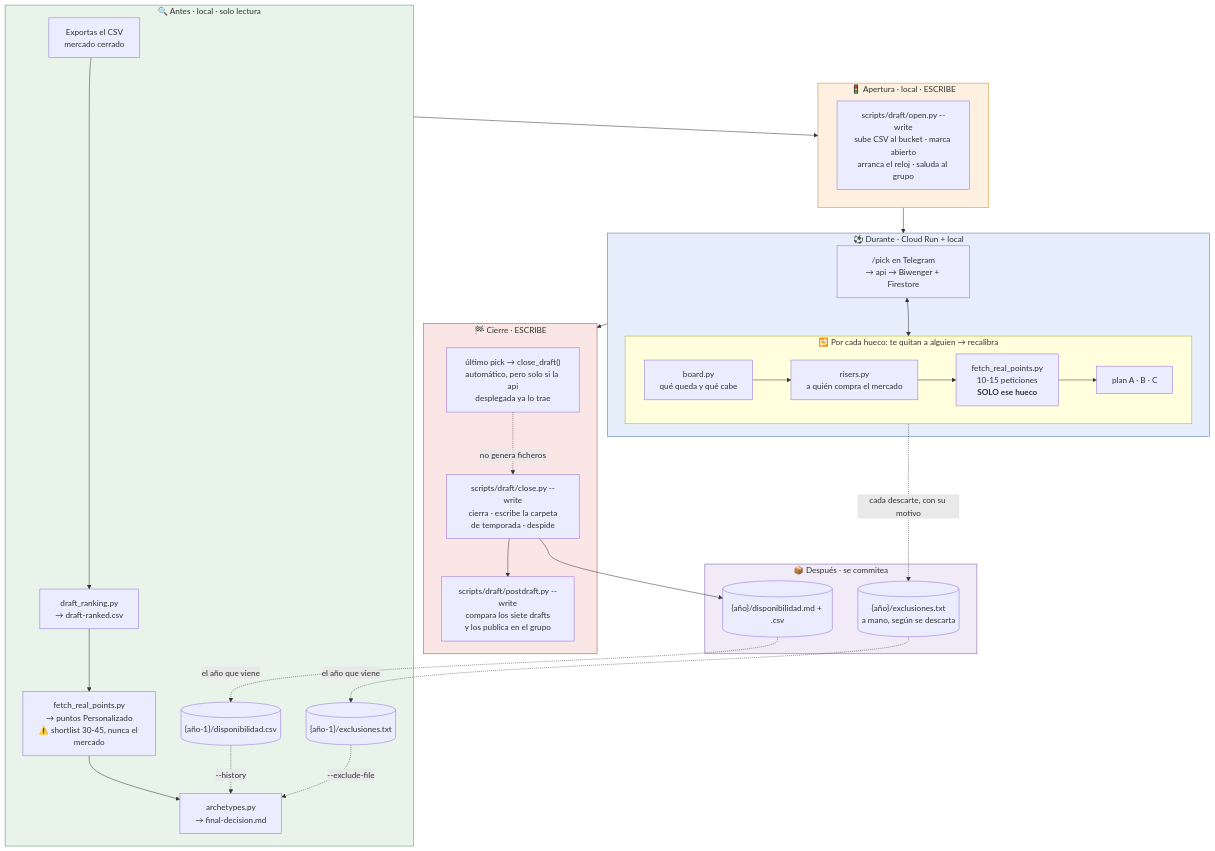
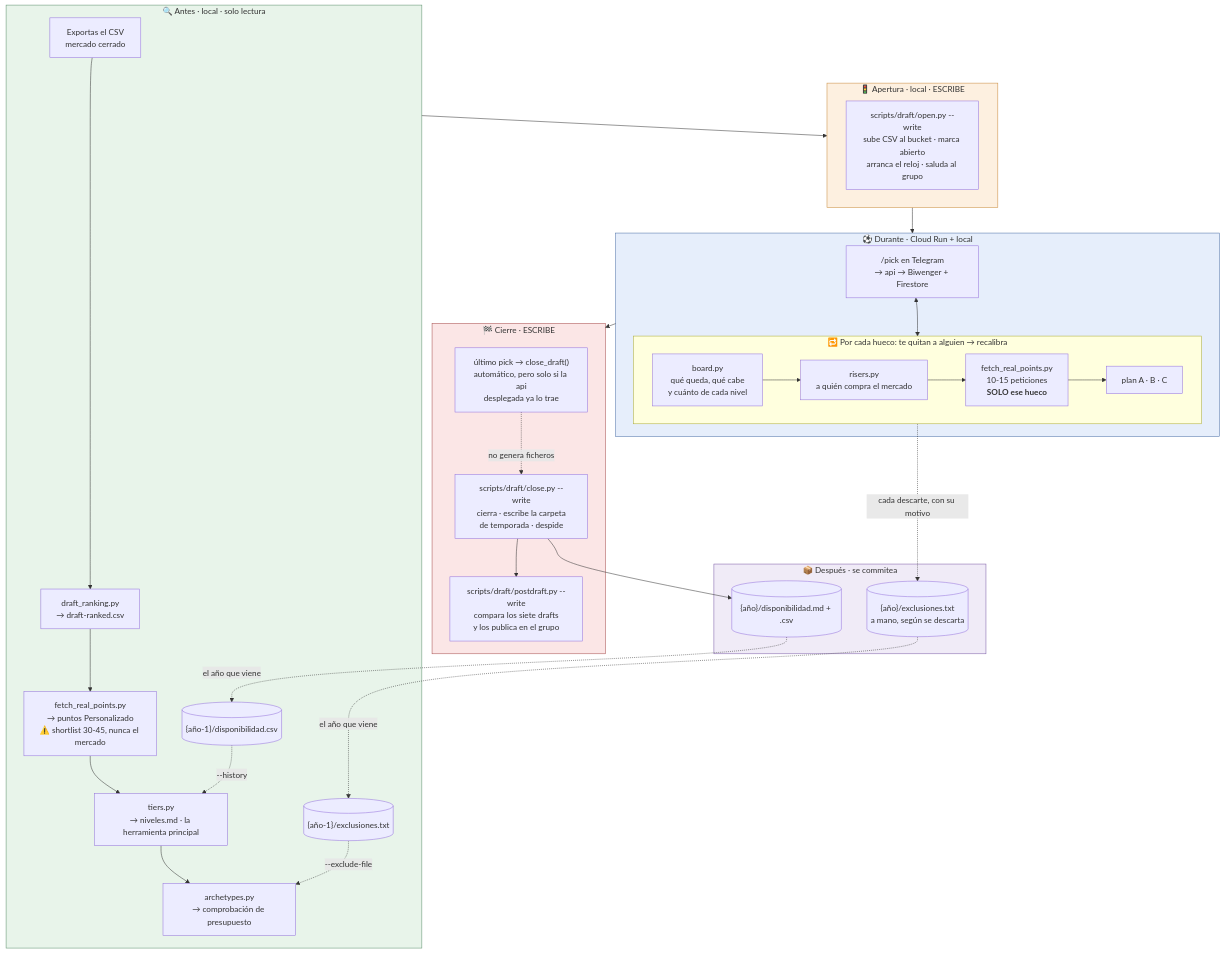
Before and after one commit to jorgelillo7/lillorepo: the diagram in packages/biwenger_tools/.claude/skills/draft/SKILL.md, drawn with Mermaid. The commit also changed other lines of this file and 6 other files, not shown here.

````diff
--- a/packages/biwenger_tools/.claude/skills/draft/SKILL.md
+++ b/packages/biwenger_tools/.claude/skills/draft/SKILL.md
@@ -21,50 +21,51 @@
 ```mermaid
 flowchart TD
     subgraph PREP["🔍 Antes · local · solo lectura"]
         CSV["Exportas el CSV<br/>mercado cerrado"] --> RANK["draft_ranking.py<br/>→ draft-ranked.csv"]
         RANK --> REAL["fetch_real_points.py<br/>→ puntos Personalizado<br/>⚠️ shortlist 30-45, nunca el mercado"]
-        REAL --> ARCH["archetypes.py<br/>→ final-decision.md"]
-        HIST[("{año-1}/disponibilidad.csv")] -.->|--history| ARCH
+        REAL --> TIERS["tiers.py<br/>→ niveles.md · la herramienta principal"]
+        TIERS --> ARCH["archetypes.py<br/>→ comprobación de presupuesto"]
+        HIST[("{año-1}/disponibilidad.csv")] -.->|--history| TIERS
         EXCL[("{año-1}/exclusiones.txt")] -.->|--exclude-file| ARCH
     end
 
     subgraph OPEN["🚦 Apertura · local · ESCRIBE"]
         OP["scripts/draft/open.py --write<br/>sube CSV al bucket · marca abierto<br/>arranca el reloj · saluda al grupo"]
     end
 
     subgraph LIVE["⚽ Durante · Cloud Run + local"]
         BOT["/pick en Telegram<br/>→ api → Biwenger + Firestore"]
         subgraph LOOP["🔁 Por cada hueco: te quitan a alguien → recalibra"]
             direction LR
-            L1["board.py<br/>qué queda y qué cabe"] --> L2["risers.py<br/>a quién compra el mercado"]
+            L1["board.py<br/>qué queda, qué cabe<br/>y cuánto de cada nivel"] --> L2["risers.py<br/>a quién compra el mercado"]
             L2 --> L3["fetch_real_points.py<br/>10-15 peticiones<br/><b>SOLO ese hueco</b>"]
             L3 --> L4["plan A · B · C"]
         end
         BOT <--> LOOP
     end
 
     subgraph CLOSE["🏁 Cierre · ESCRIBE"]
         AUTO["último pick → close_draft()<br/>automático, pero solo si la api<br/>desplegada ya lo trae"]
         MAN["scripts/draft/close.py --write<br/>cierra · escribe la carpeta<br/>de temporada · despide"]
         POST["scripts/draft/postdraft.py --write<br/>compara los siete drafts<br/>y los publica en el grupo"]
         MAN --> POST
     end
 
     subgraph AFTER["📦 Después · se commitea"]
         OUT[("{año}/disponibilidad.md + .csv")]
         VETO[("{año}/exclusiones.txt<br/>a mano, según se descarta")]
     end
 
     PREP --> OPEN --> LIVE --> CLOSE
     AUTO -.->|"no genera ficheros"| MAN
     MAN --> OUT
     LOOP -.->|"cada descarte, con su motivo"| VETO
     OUT -.->|"el año que viene"| HIST
     VETO -.->|"el año que viene"| EXCL
 
     style PREP fill:#e8f4ea,stroke:#5a8f6b
     style OPEN fill:#fdf0e0,stroke:#c98a3a
     style LIVE fill:#e6eefb,stroke:#4a6fa5
     style CLOSE fill:#fbe6e6,stroke:#a54a4a
     style AFTER fill:#f0ebf7,stroke:#7a5aa5
 ```
````
